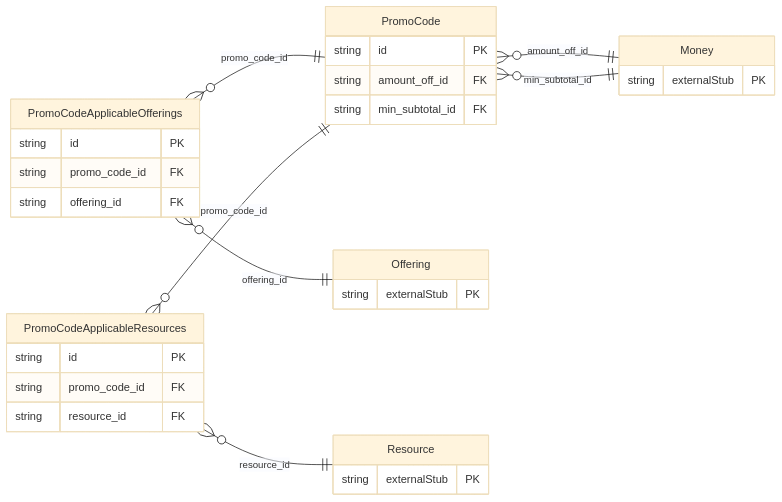
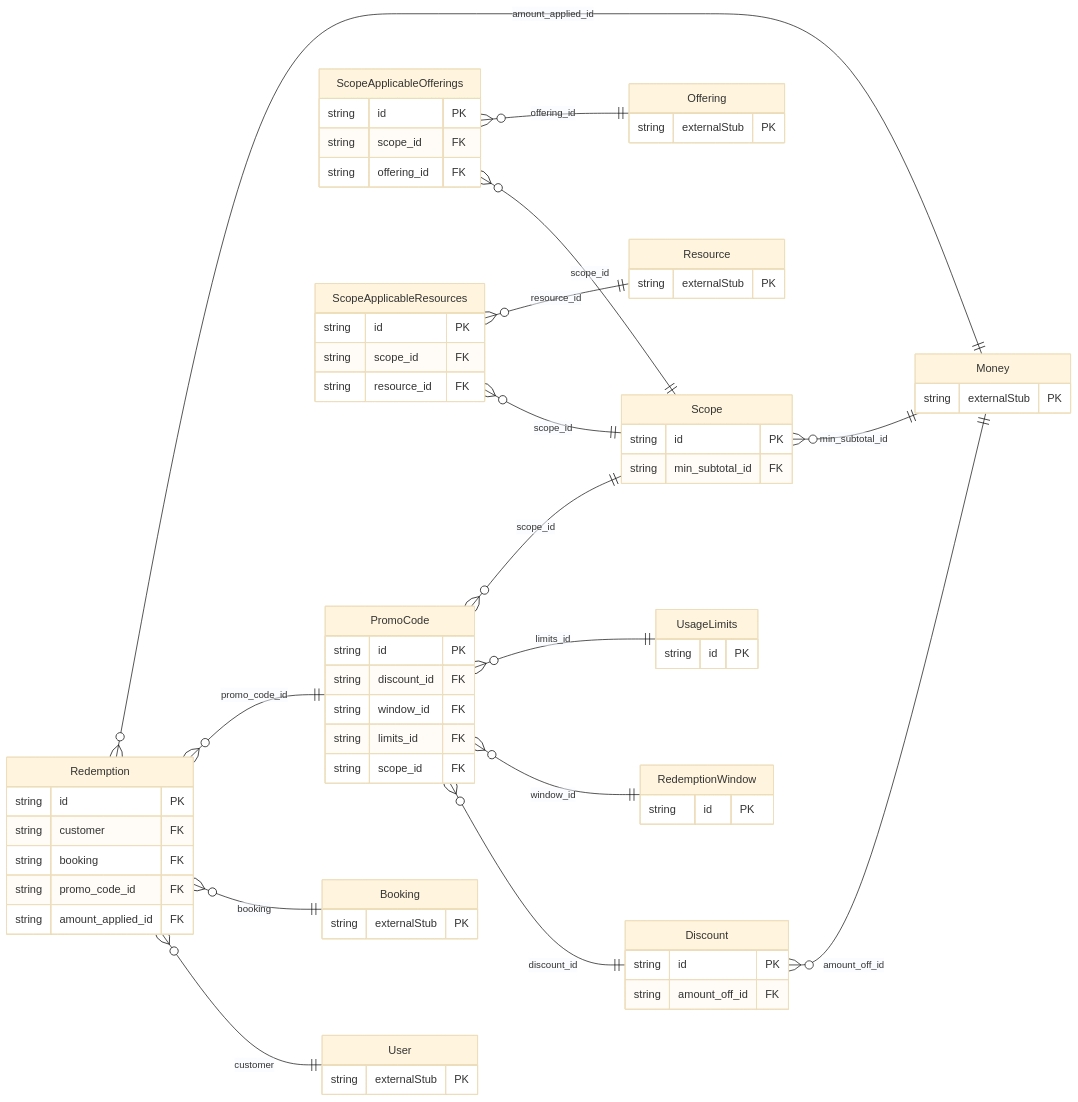
One commit to oh-tarnished/freebusy changed the diagram in protobuf/generated/prisma/freebusy/promocode/README.md. Above: the diagram before and after it, drawn with Mermaid (base theme). The commit also changed other lines of this file and 130 other files, not shown here.

First line of the commit message:
normalized promocode schema + split generated protobuf into its own module

````diff
--- a/protobuf/generated/prisma/freebusy/promocode/README.md
+++ b/protobuf/generated/prisma/freebusy/promocode/README.md
@@ -13,34 +13,71 @@
 ```mermaid
 erDiagram
     direction LR
+    Discount {
+        string id PK
+        string amount_off_id FK
+    }
     PromoCode {
         string id PK
-        string amount_off_id FK
+        string discount_id FK
+        string window_id FK
+        string limits_id FK
+        string scope_id FK
+    }
+    Redemption {
+        string id PK
+        string customer FK
+        string booking FK
+        string promo_code_id FK
+        string amount_applied_id FK
+    }
+    RedemptionWindow {
+        string id PK
+    }
+    Scope {
+        string id PK
         string min_subtotal_id FK
     }
-    PromoCodeApplicableOfferings {
+    ScopeApplicableOfferings {
         string id PK
-        string promo_code_id FK
+        string scope_id FK
         string offering_id FK
     }
-    PromoCodeApplicableResources {
+    ScopeApplicableResources {
         string id PK
-        string promo_code_id FK
+        string scope_id FK
         string resource_id FK
+    }
+    UsageLimits {
+        string id PK
+    }
+    Booking {
+        string externalStub PK
     }
     Money {
         string externalStub PK
     }
     Offering {
         string externalStub PK
     }
     Resource {
         string externalStub PK
     }
-    PromoCode }o--|| Money : "amount_off_id"
-    PromoCode }o--|| Money : "min_subtotal_id"
-    PromoCodeApplicableOfferings }o--|| PromoCode : "promo_code_id"
-    PromoCodeApplicableOfferings }o--|| Offering : "offering_id"
-    PromoCodeApplicableResources }o--|| PromoCode : "promo_code_id"
-    PromoCodeApplicableResources }o--|| Resource : "resource_id"
+    User {
+        string externalStub PK
+    }
+    Discount }o--|| Money : "amount_off_id"
+    PromoCode }o--|| Discount : "discount_id"
+    PromoCode }o--|| RedemptionWindow : "window_id"
+    PromoCode }o--|| UsageLimits : "limits_id"
+    PromoCode }o--|| Scope : "scope_id"
+    Redemption }o--|| User : "customer"
+    Redemption }o--|| Booking : "booking"
+    Redemption }o--|| PromoCode : "promo_code_id"
+    Redemption }o--|| Money : "amount_applied_id"
+    Scope }o--|| Money : "min_subtotal_id"
+    ScopeApplicableOfferings }o--|| Scope : "scope_id"
+    ScopeApplicableOfferings }o--|| Offering : "offering_id"
+    ScopeApplicableResources }o--|| Scope : "scope_id"
+    ScopeApplicableResources }o--|| Resource : "resource_id"
 ```
````
